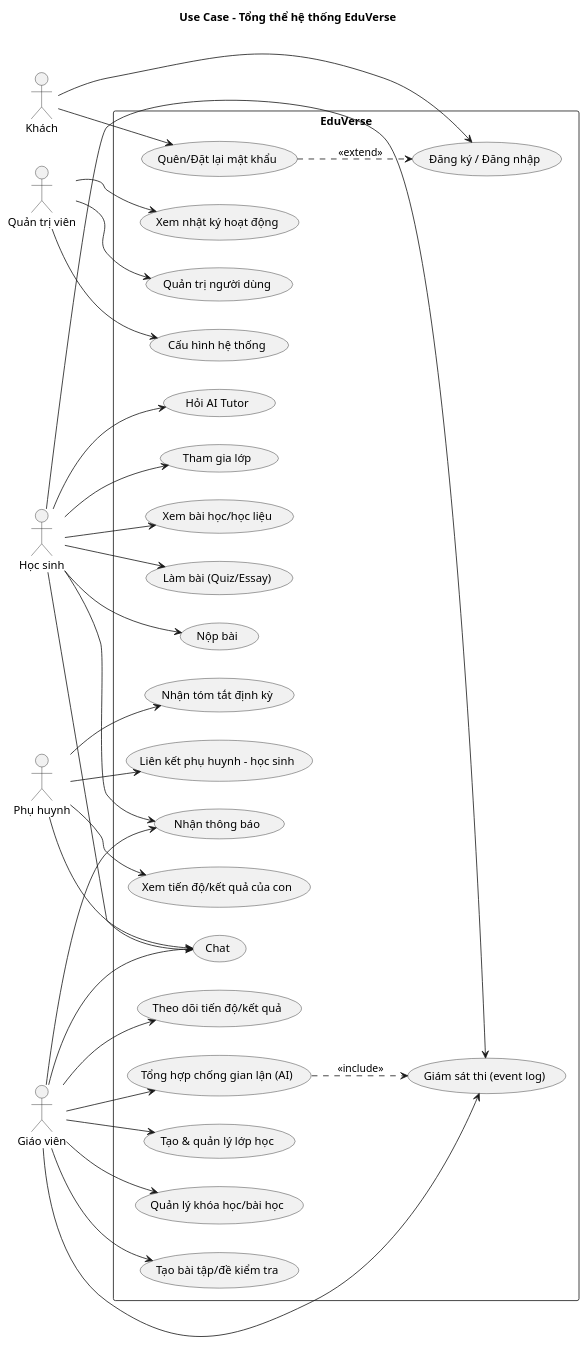
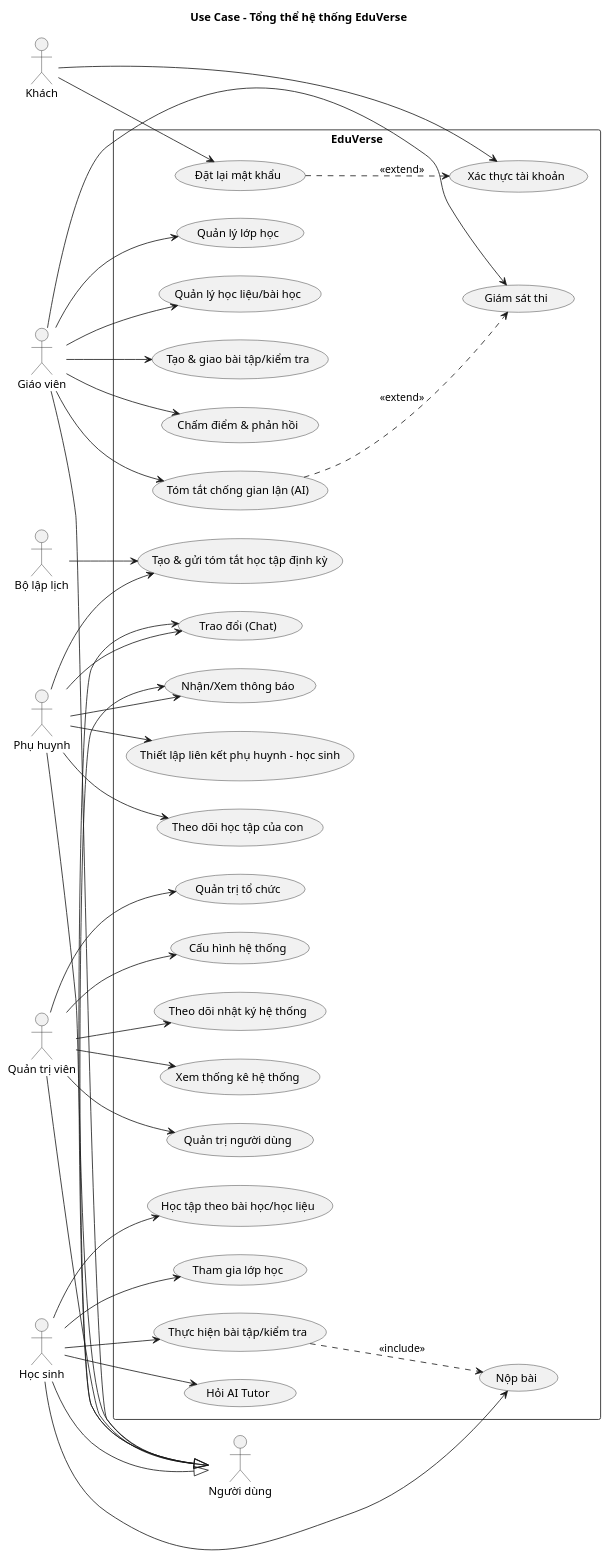
The diagram in docs/luanvan/figures/uml/puml/usecase-overall.puml (Tungggggggggggggg/secondary-lms-system), drawn with PlantUML before and after one commit. The commit also changed 13 other files, not shown here.

First line of the commit message:
Cập nhật và tinh chỉnh các sơ đồ ca sử dụng (Use Case) UML và mô tả

```diff
--- a/docs/luanvan/figures/uml/puml/usecase-overall.puml
+++ b/docs/luanvan/figures/uml/puml/usecase-overall.puml
@@ -1,78 +1,90 @@
 @startuml usecase-overall
 title Use Case - Tổng thể hệ thống EduVerse
 
 left to right direction
 skinparam packageStyle rectangle
 
 actor "Khách" as Guest
+actor "Người dùng" as User
 actor "Học sinh" as Student
 actor "Giáo viên" as Teacher
 actor "Phụ huynh" as Parent
 actor "Quản trị viên" as Admin
+actor "Bộ lập lịch" as Scheduler
+
+Student --|> User
+Teacher --|> User
+Parent --|> User
+Admin --|> User
 
 rectangle "EduVerse" {
-  usecase "Đăng ký / Đăng nhập" as UC_Auth
-  usecase "Quên/Đặt lại mật khẩu" as UC_Reset
+  usecase "Xác thực tài khoản" as UC_Auth
+  usecase "Đặt lại mật khẩu" as UC_Reset
 
-  usecase "Tham gia lớp" as UC_JoinClass
-  usecase "Xem bài học/học liệu" as UC_ViewLessons
+  usecase "Học tập theo bài học/học liệu" as UC_Learn
+  usecase "Tham gia lớp học" as UC_JoinClass
 
-  usecase "Làm bài (Quiz/Essay)" as UC_DoAssignment
+  usecase "Thực hiện bài tập/kiểm tra" as UC_DoAssessment
   usecase "Nộp bài" as UC_Submit
 
-  usecase "Nhận thông báo" as UC_Notifications
-  usecase "Chat" as UC_Chat
+  usecase "Trao đổi (Chat)" as UC_Chat
+  usecase "Nhận/Xem thông báo" as UC_Notif
 
   usecase "Hỏi AI Tutor" as UC_Tutor
 
-  usecase "Tạo & quản lý lớp học" as UC_ManageClass
-  usecase "Quản lý khóa học/bài học" as UC_ManageCourse
-  usecase "Tạo bài tập/đề kiểm tra" as UC_CreateAssignment
-  usecase "Theo dõi tiến độ/kết quả" as UC_TrackProgress
+  usecase "Quản lý lớp học" as UC_ManageClass
+  usecase "Quản lý học liệu/bài học" as UC_ManageContent
+  usecase "Tạo & giao bài tập/kiểm tra" as UC_CreateAssign
+  usecase "Chấm điểm & phản hồi" as UC_Grade
+  usecase "Giám sát thi" as UC_Monitor
+  usecase "Tóm tắt chống gian lận (AI)" as UC_AntiCheatAI
 
-  usecase "Giám sát thi (event log)" as UC_ExamMonitoring
-  usecase "Tổng hợp chống gian lận (AI)" as UC_AntiCheatSummary
-
-  usecase "Liên kết phụ huynh - học sinh" as UC_ParentLink
-  usecase "Xem tiến độ/kết quả của con" as UC_ParentView
-  usecase "Nhận tóm tắt định kỳ" as UC_WeeklySummary
+  usecase "Thiết lập liên kết phụ huynh - học sinh" as UC_ParentLink
+  usecase "Theo dõi học tập của con" as UC_ParentTrack
+  usecase "Tạo & gửi tóm tắt học tập định kỳ" as UC_Weekly
 
   usecase "Quản trị người dùng" as UC_AdminUsers
+  usecase "Quản trị tổ chức" as UC_AdminOrgs
   usecase "Cấu hình hệ thống" as UC_AdminSettings
-  usecase "Xem nhật ký hoạt động" as UC_AdminAudit
+  usecase "Theo dõi nhật ký hệ thống" as UC_AdminAudit
+  usecase "Xem thống kê hệ thống" as UC_AdminStats
 }
 
 Guest --> UC_Auth
 Guest --> UC_Reset
 
 Student --> UC_JoinClass
-Student --> UC_ViewLessons
-Student --> UC_DoAssignment
+Student --> UC_Learn
+Student --> UC_DoAssessment
 Student --> UC_Submit
-Student --> UC_Notifications
-Student --> UC_Chat
 Student --> UC_Tutor
-Student --> UC_ExamMonitoring
+
+User --> UC_Chat
+User --> UC_Notif
 
 Teacher --> UC_ManageClass
-Teacher --> UC_ManageCourse
-Teacher --> UC_CreateAssignment
-Teacher --> UC_TrackProgress
-Teacher --> UC_Notifications
-Teacher --> UC_Chat
-Teacher --> UC_ExamMonitoring
-Teacher --> UC_AntiCheatSummary
+Teacher --> UC_ManageContent
+Teacher --> UC_CreateAssign
+Teacher --> UC_Grade
+Teacher --> UC_Monitor
+Teacher --> UC_AntiCheatAI
 
 Parent --> UC_ParentLink
-Parent --> UC_ParentView
-Parent --> UC_WeeklySummary
+Parent --> UC_ParentTrack
 Parent --> UC_Chat
+Parent --> UC_Notif
+
+Scheduler --> UC_Weekly
+Parent --> UC_Weekly
 
 Admin --> UC_AdminUsers
+Admin --> UC_AdminOrgs
 Admin --> UC_AdminSettings
 Admin --> UC_AdminAudit
+Admin --> UC_AdminStats
 
-UC_AntiCheatSummary ..> UC_ExamMonitoring : <<include>>
 UC_Reset ..> UC_Auth : <<extend>>
+UC_DoAssessment ..> UC_Submit : <<include>>
+UC_AntiCheatAI ..> UC_Monitor : <<extend>>
 
 @enduml
```
